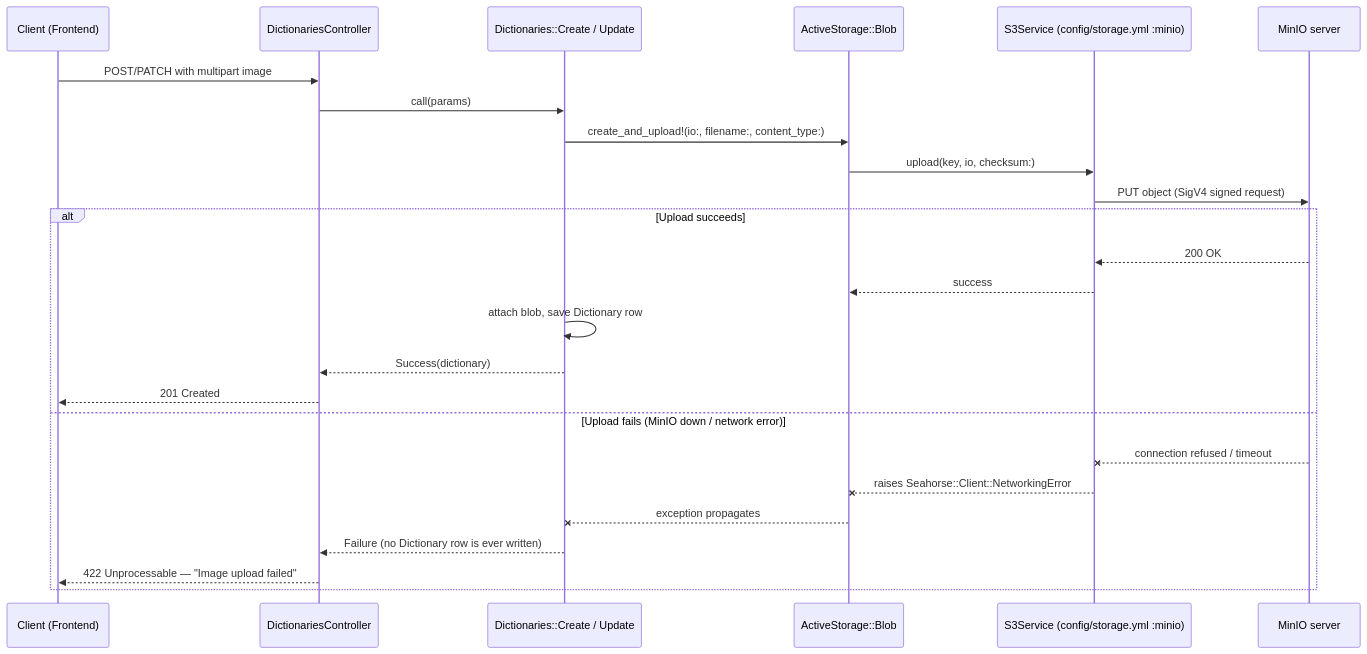
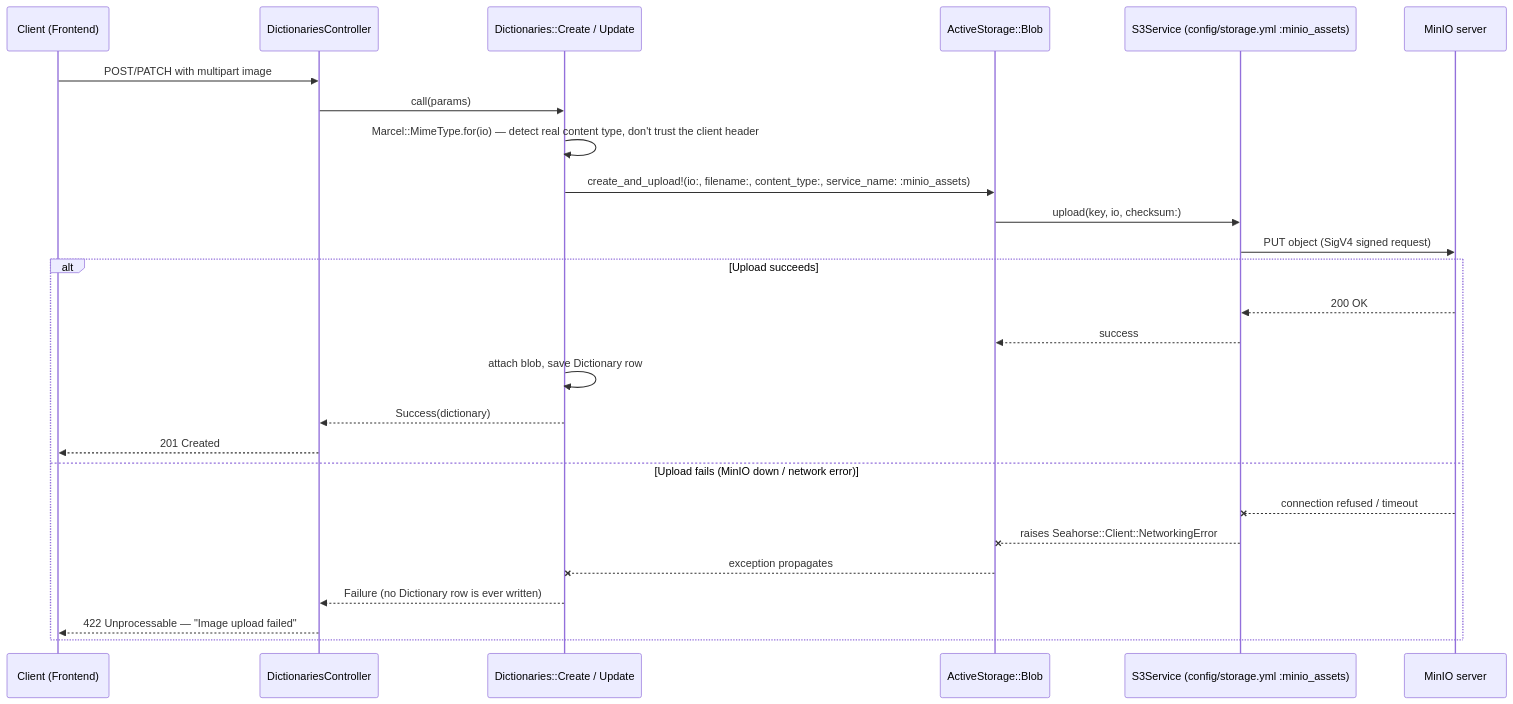
Before and after one commit to arya020595/st_dofi_backend: the third of 6 diagrams in docs/MINIO.md, drawn with Mermaid. The commit also changed other lines of this file and 36 other files, not shown here.

````diff
--- a/docs/MINIO.md
+++ b/docs/MINIO.md
@@ -138,28 +166,29 @@
 ```mermaid
 sequenceDiagram
     participant C as Client (Frontend)
     participant Ctrl as DictionariesController
     participant Svc as Dictionaries::Create / Update
     participant Blob as ActiveStorage::Blob
-    participant S3 as S3Service (config/storage.yml :minio)
+    participant S3 as S3Service (config/storage.yml :minio_assets)
     participant MinIO as MinIO server
 
     C->>Ctrl: POST/PATCH with multipart image
     Ctrl->>Svc: call(params)
-    Svc->>Blob: create_and_upload!(io:, filename:, content_type:)
+    Svc->>Svc: Marcel::MimeType.for(io) — detect real content type, don't trust the client header
+    Svc->>Blob: create_and_upload!(io:, filename:, content_type:, service_name: :minio_assets)
     Blob->>S3: upload(key, io, checksum:)
     S3->>MinIO: PUT object (SigV4 signed request)
     alt Upload succeeds
         MinIO-->>S3: 200 OK
         S3-->>Blob: success
         Svc->>Svc: attach blob, save Dictionary row
         Svc-->>Ctrl: Success(dictionary)
         Ctrl-->>C: 201 Created
     else Upload fails (MinIO down / network error)
         MinIO--xS3: connection refused / timeout
         S3--xBlob: raises Seahorse::Client::NetworkingError
         Blob--xSvc: exception propagates
         Svc-->>Ctrl: Failure (no Dictionary row is ever written)
         Ctrl-->>C: 422 Unprocessable — "Image upload failed"
     end
 ```
````
